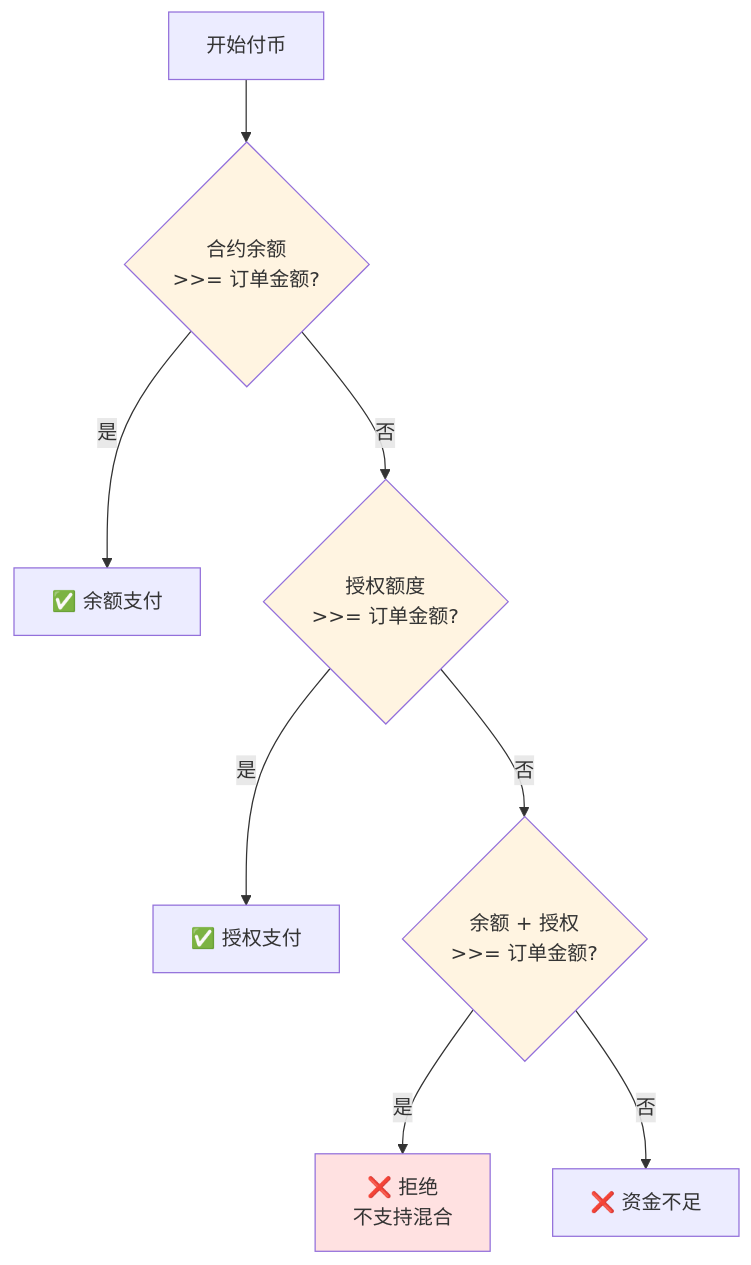
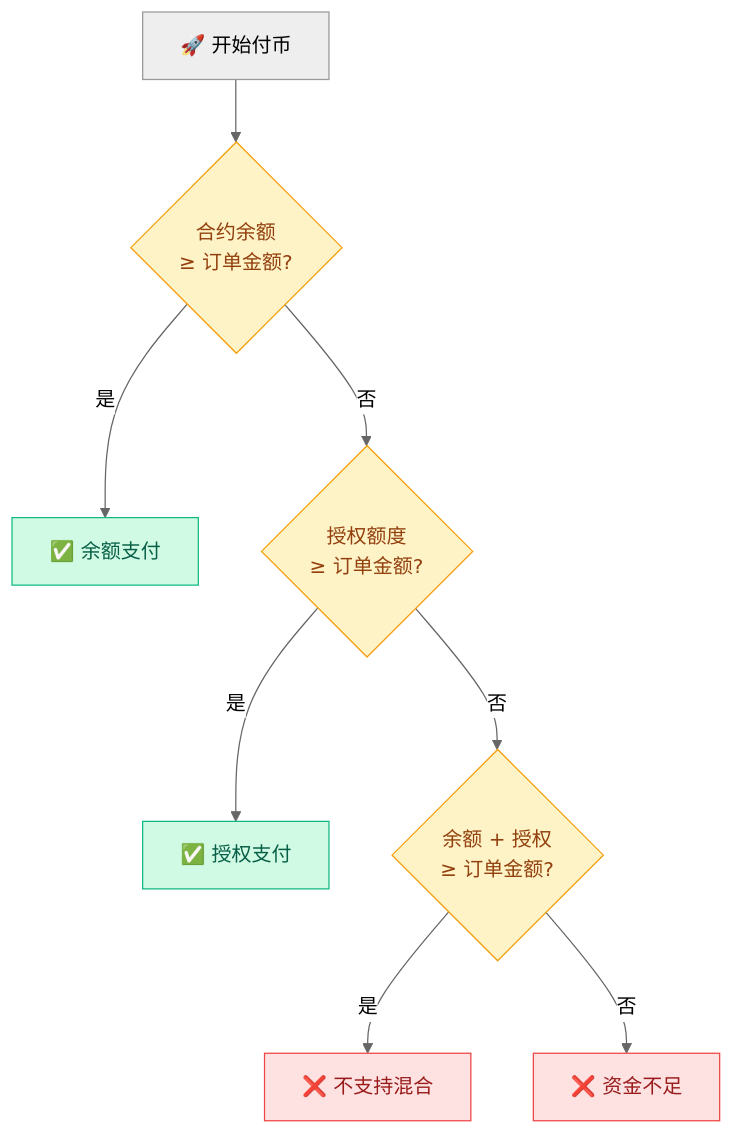
The fourth of 4 diagrams in products/batch-payout/how-it-works.md (BlockATMOnLine/docs), drawn with Mermaid before and after one commit. The commit also changed other lines of this file and 6 other files, not shown here.

First line of the commit message:
docs: upgrade mermaid diagrams with professional styling

````diff
--- a/products/batch-payout/how-it-works.md
+++ b/products/batch-payout/how-it-works.md
@@ -92,18 +142,30 @@
 ```mermaid
+%%{
+  init: {
+    'theme': 'neutral',
+    'themeVariables': {
+      'primaryColor': '#6366F1',
+      'fontFamily': 'Inter'
+    }
+  }
+}%%
 graph TB
-    Start[开始付币] --> Check1{合约余额<br/>>>= 订单金额?}
-    
-    Check1 -->|是| Balance[✅ 余额支付]
-    Check1 -->|否| Check2{授权额度<br/>>>= 订单金额?}
-    
-    Check2 -->|是| Allowance[✅ 授权支付]
-    Check2 -->|否| Check3{余额 + 授权<br/>>>= 订单金额?}
-    
-    Check3 -->|是| Reject[❌ 拒绝<br/>不支持混合]
-    Check3 -->|否| Fail[❌ 资金不足]
-    
-    style Check1 fill:#fff4e1
-    style Check2 fill:#fff4e1
-    style Check3 fill:#fff4e1
-    style Reject fill:#ffe1e1
+    START[🚀 开始付币] --> Q1{"合约余额<br/>≥ 订单金额?"}
+
+    Q1 -->|是| A["✅ 余额支付"]
+    Q1 -->|否| Q2{"授权额度<br/>≥ 订单金额?"}
+
+    Q2 -->|是| B["✅ 授权支付"]
+    Q2 -->|否| Q3{"余额 + 授权<br/>≥ 订单金额?"}
+
+    Q3 -->|是| C["❌ 不支持混合"]
+    Q3 -->|否| D["❌ 资金不足"]
+
+    style Q1 fill:#FEF3C7,stroke:#F59E0B,color:#92400E
+    style Q2 fill:#FEF3C7,stroke:#F59E0B,color:#92400E
+    style Q3 fill:#FEF3C7,stroke:#F59E0B,color:#92400E
+    style A fill:#D1FAE5,stroke:#10B981,color:#065F46
+    style B fill:#D1FAE5,stroke:#10B981,color:#065F46
+    style C fill:#FEE2E2,stroke:#EF4444,color:#991B1B
+    style D fill:#FEE2E2,stroke:#EF4444,color:#991B1B
 ```
````
